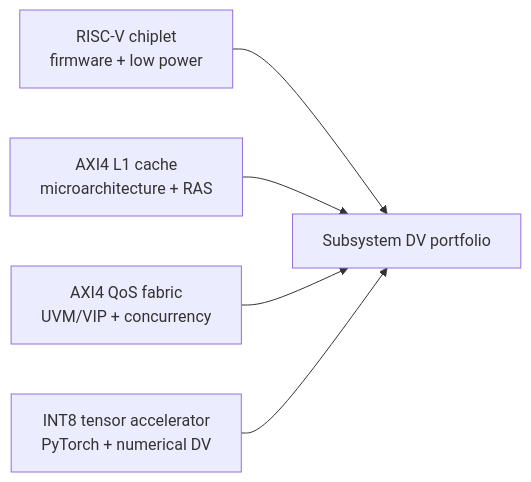
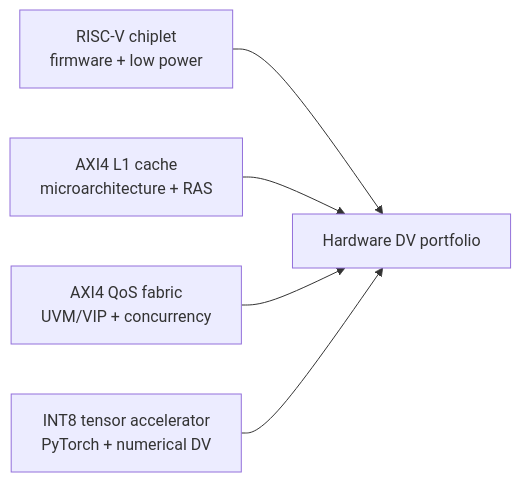
Before and after one commit to ed766/ed766: the diagram in README.md, drawn with Mermaid. The commit also changed other lines of this file, not shown here.

Commit message:
Clarify portfolio hardware DV scope

````diff
--- a/README.md
+++ b/README.md
@@ -24,7 +24,7 @@
 ```mermaid
 flowchart LR
-  SOC["RISC-V chiplet\nfirmware + low power"] --> PORT["Subsystem DV portfolio"]
+  SOC["RISC-V chiplet\nfirmware + low power"] --> PORT["Hardware DV portfolio"]
   L1["AXI4 L1 cache\nmicroarchitecture + RAS"] --> PORT
   FAB["AXI4 QoS fabric\nUVM/VIP + concurrency"] --> PORT
   ML["INT8 tensor accelerator\nPyTorch + numerical DV"] --> PORT
 ```
````
